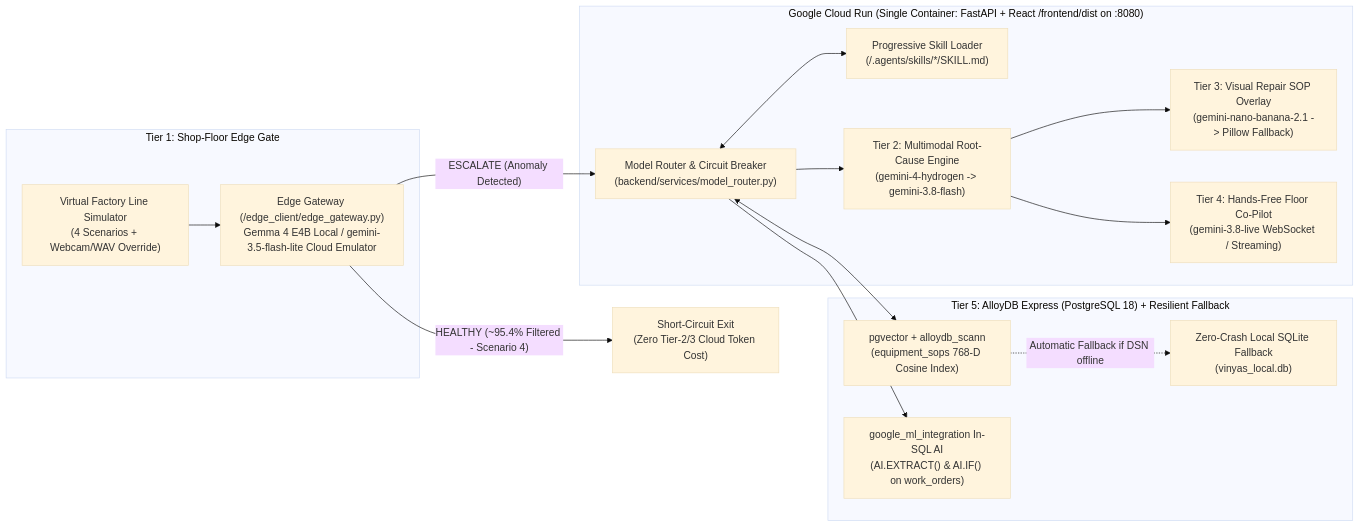
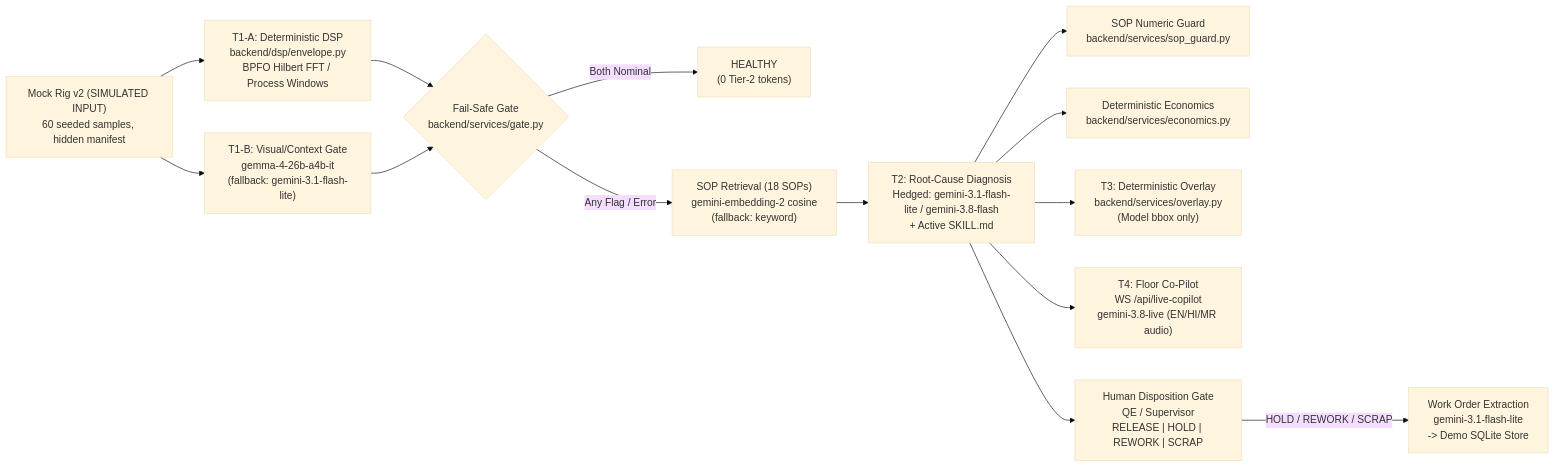
Before and after one commit to NikhilPande008/Vinyas: the diagram in README.md, drawn with Mermaid (base theme). The commit also changed other lines of this file and 12 other files, not shown here.

````diff
--- a/README.md
+++ b/README.md
@@ -26,32 +31,16 @@
 ```mermaid
 flowchart LR
-    subgraph Edge["Tier 1: Shop-Floor Edge Gate"]
-        SIM["Virtual Factory Line Simulator<br/>(4 Scenarios + Webcam/WAV Override)"]
-        EDGE_GW["Edge Gateway (/edge_client/edge_gateway.py)<br/>Gemma 4 E4B Local / gemini-3.5-flash-lite Cloud Emulator"]
-        SIM --> EDGE_GW
-    end
-
-    subgraph CloudRun["Google Cloud Run (Single Container: FastAPI + React /frontend/dist on :8080)"]
-        ROUTER["Model Router & Circuit Breaker<br/>(backend/services/model_router.py)"]
-        SKILLS["Progressive Skill Loader<br/>(/.agents/skills/*/SKILL.md)"]
-        T2["Tier 2: Multimodal Root-Cause Engine<br/>(gemini-4-hydrogen -> gemini-3.8-flash)"]
-        T3["Tier 3: Visual Repair SOP Overlay<br/>(gemini-nano-banana-2.1 -> Pillow Fallback)"]
-        T4["Tier 4: Hands-Free Floor Co-Pilot<br/>(gemini-3.8-live WebSocket / Streaming)"]
-    end
-
-    subgraph AlloyDB["Tier 5: AlloyDB Express (PostgreSQL 18) + Resilient Fallback"]
-        SCANN["pgvector + alloydb_scann<br/>(equipment_sops 768-D Cosine Index)"]
-        SQL_AI["google_ml_integration In-SQL AI<br/>(AI.EXTRACT() & AI.IF() on work_orders)"]
-        SQLITE["Zero-Crash Local SQLite Fallback<br/>(vinyas_local.db)"]
-    end
-
-    EDGE_GW -- "HEALTHY (~95.4% Filtered - Scenario 4)" --> SHORT["Short-Circuit Exit<br/>(Zero Tier-2/3 Cloud Token Cost)"]
-    EDGE_GW -- "ESCALATE (Anomaly Detected)" --> ROUTER
-    ROUTER <--> SKILLS
-    ROUTER <--> SCANN
-    ROUTER --> T2
-    T2 --> T3
-    T2 --> T4
-    ROUTER --> SQL_AI
-    SCANN -. "Automatic Fallback if DSN offline" .-> SQLITE
+    MR["Mock Rig v2 (SIMULATED INPUT)\n60 seeded samples, hidden manifest"] --> T1A["T1-A: Deterministic DSP\nbackend/dsp/envelope.py\nBPFO Hilbert FFT / Process Windows"]
+    MR --> T1B["T1-B: Visual/Context Gate\ngemma-4-26b-a4b-it\n(fallback: gemini-3.1-flash-lite)"]
+    T1A --> GATE{"Fail-Safe Gate\nbackend/services/gate.py"}
+    T1B --> GATE
+    GATE -- "Both Nominal" --> PASS["HEALTHY\n(0 Tier-2 tokens)"]
+    GATE -- "Any Flag / Error" --> RET["SOP Retrieval (18 SOPs)\ngemini-embedding-2 cosine\n(fallback: keyword)"]
+    RET --> T2["T2: Root-Cause Diagnosis\nHedged: gemini-3.1-flash-lite / gemini-3.8-flash\n+ Active SKILL.md"]
+    T2 --> GUARD["SOP Numeric Guard\nbackend/services/sop_guard.py"]
+    T2 --> ECON["Deterministic Economics\nbackend/services/economics.py"]
+    T2 --> T3["T3: Deterministic Overlay\nbackend/services/overlay.py\n(Model bbox only)"]
+    T2 --> T4["T4: Floor Co-Pilot\nWS /api/live-copilot\ngemini-3.8-live (EN/HI/MR audio)"]
+    T2 --> DISP["Human Disposition Gate\nQE / Supervisor\nRELEASE | HOLD | REWORK | SCRAP"]
+    DISP -- "HOLD / REWORK / SCRAP" --> WO["Work Order Extraction\ngemini-3.1-flash-lite\n-> Demo SQLite Store"]
 ```
````
